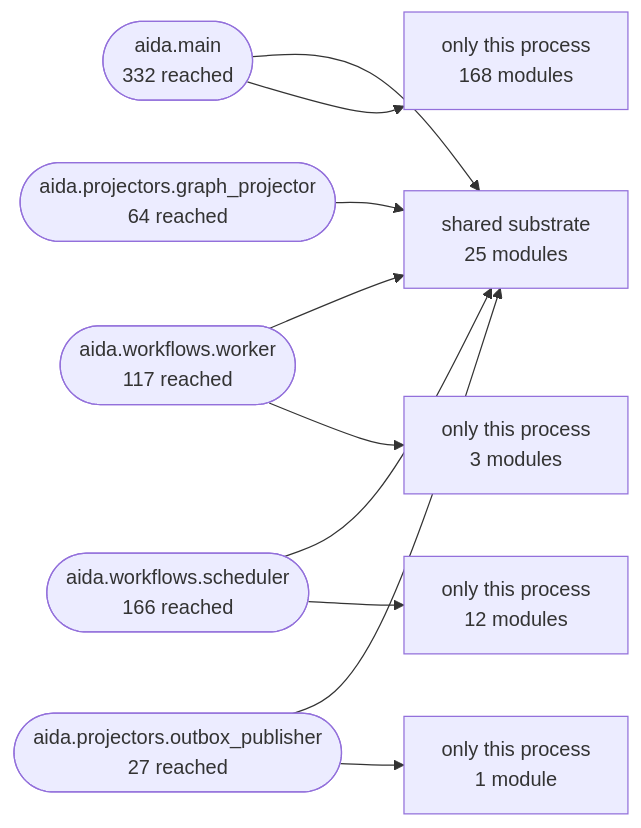
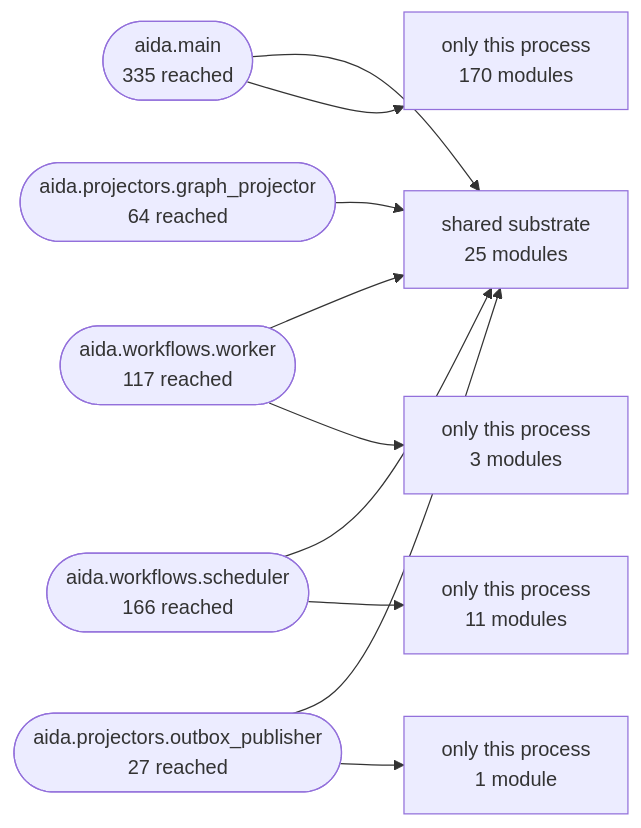
One commit to karuppusamym/AIDataAnalyst changed the second of 3 diagrams in Docs/10-architecture/14-generated-architecture-map.md. Above: the diagram before and after it, drawn with Mermaid. The commit also changed other lines of this file and 13 other files, not shown here.

````diff
--- a/Docs/10-architecture/14-generated-architecture-map.md
+++ b/Docs/10-architecture/14-generated-architecture-map.md
@@ -172,22 +172,22 @@
 ```mermaid
 graph LR
   shared["shared substrate<br/>25 modules"]
-  aida_main(["aida.main<br/>332 reached"])
+  aida_main(["aida.main<br/>335 reached"])
   aida_workflows_worker(["aida.workflows.worker<br/>117 reached"])
   aida_workflows_scheduler(["aida.workflows.scheduler<br/>166 reached"])
   aida_projectors_graph_projector(["aida.projectors.graph_projector<br/>64 reached"])
   aida_projectors_outbox_publisher(["aida.projectors.outbox_publisher<br/>27 reached"])
   aida_main --> shared
-  only_aida_main["only this process<br/>168 modules"]
+  only_aida_main["only this process<br/>170 modules"]
   aida_main --> only_aida_main
   aida_workflows_worker --> shared
   only_aida_workflows_worker["only this process<br/>3 modules"]
   aida_workflows_worker --> only_aida_workflows_worker
   aida_workflows_scheduler --> shared
-  only_aida_workflows_scheduler["only this process<br/>12 modules"]
+  only_aida_workflows_scheduler["only this process<br/>11 modules"]
   aida_workflows_scheduler --> only_aida_workflows_scheduler
   aida_projectors_graph_projector --> shared
   aida_projectors_outbox_publisher --> shared
   only_aida_projectors_outbox_publisher["only this process<br/>1 module"]
   aida_projectors_outbox_publisher --> only_aida_projectors_outbox_publisher
 ```
````
